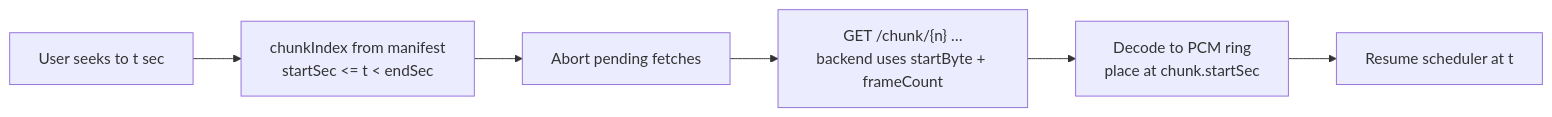
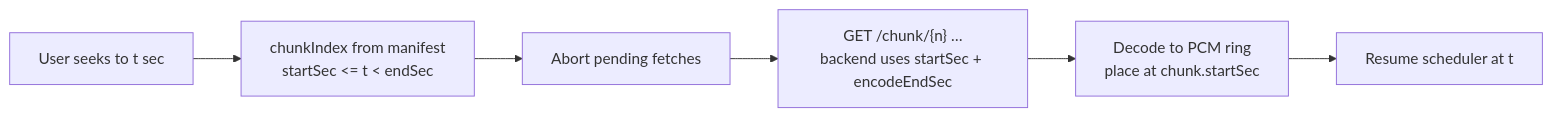
The fourth of 5 diagrams in docs/stream.md (tanchihpin0517/cp-nice-player), drawn with Mermaid before and after one commit. The commit also changed other lines of this file and 23 other files, not shown here.

````diff
--- a/docs/stream.md
+++ b/docs/stream.md
@@ -231,11 +225,11 @@
 ```mermaid
 flowchart LR
   Seek["User seeks to t sec"]
   Calc["chunkIndex from manifest\nstartSec <= t < endSec"]
   Abort["Abort pending fetches"]
-  Fetch["GET /chunk/{n} …\nbackend uses startByte + frameCount"]
+  Fetch["GET /chunk/{n} …\nbackend uses startSec + encodeEndSec"]
   Decode["Decode to PCM ring\nplace at chunk.startSec"]
   Play["Resume scheduler at t"]
 
   Seek --> Calc --> Abort --> Fetch --> Decode --> Play
 ```
````
